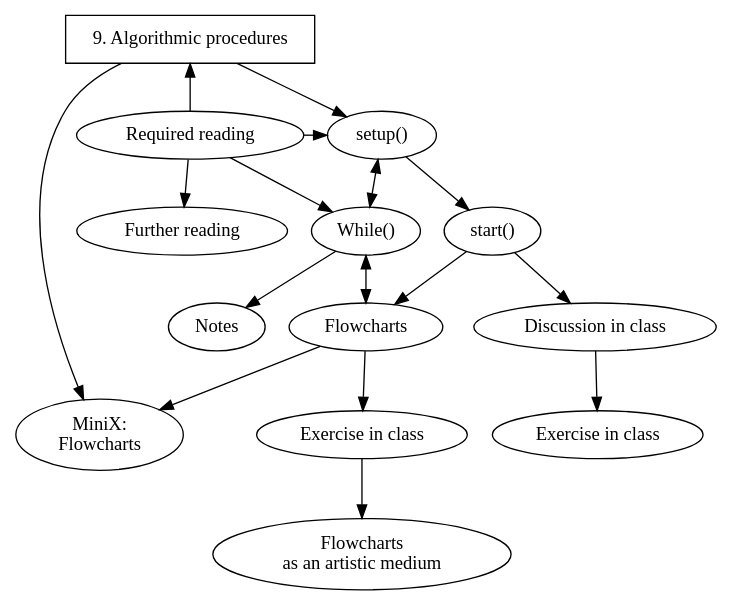
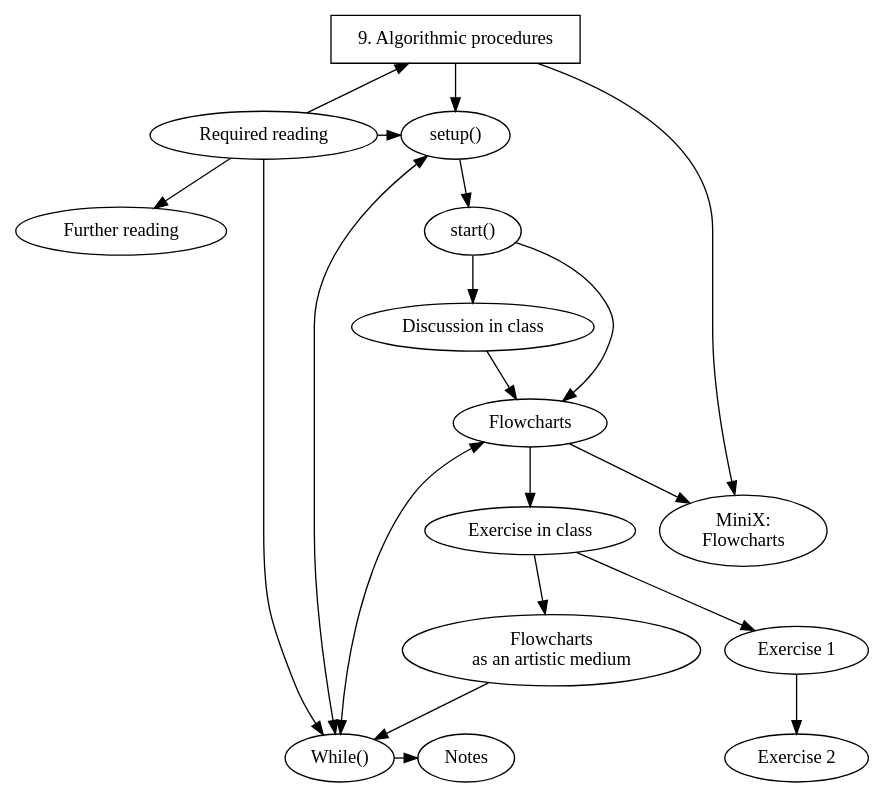
Before and after one commit to danbz/aesthetic-programming: the diagram in graphviz/AP_ch9.dot, drawn with Graphviz. The commit also changed 7 other files, not shown here.

Commit message:
update ch.9 and the graphviz

```diff
--- a/graphviz/AP_ch9.dot
+++ b/graphviz/AP_ch9.dot
@@ -1,41 +1,44 @@
 digraph G {
 
 node[fontname="Hershey-Noailles-help-me"]
 
 //labels
 GS [
 label="9. Algorithmic procedures",
 style=bold,
 shape=rectangle,
 penwidth="1pt"
 ]
 
 SU [label="setup()"]
 ST [label="start()"]
 DiC [label="Discussion in class"]
 EiC [label="Exercise in class"]
 FC [label="Flowcharts"]
-EiC1 [label="Exercise in class"]
+EiC1 [label="Exercise 1"]
+EiC2 [label="Exercise 2"]
 AM [label="Flowcharts\nas an artistic medium"]
 MW [label="While()"]
 MX [label="MiniX: \nFlowcharts"]
 RR [label="Required reading"]
 FR [label="Further reading"]
 Notes [label="Notes"]
 
 //rank
 {rank = same; RR, SU}
+{rank = same; MW, Notes}
 
 //graph
 GS -> SU -> ST;
 GS -> MX[minlen=3];
-ST -> DiC -> EiC;
-ST -> FC ;
-FC -> EiC1 -> AM;
+ST -> DiC -> FC;
+ST -> FC;
+FC -> EiC -> EiC1 -> EiC2;
+EiC -> AM -> MW;
 MW -> Notes;
 MW -> FC[dir=both]
 SU -> MW [dir=both];
 RR -> GS, SU, MW;
 FC -> MX;
 RR -> FR;
 }
```
